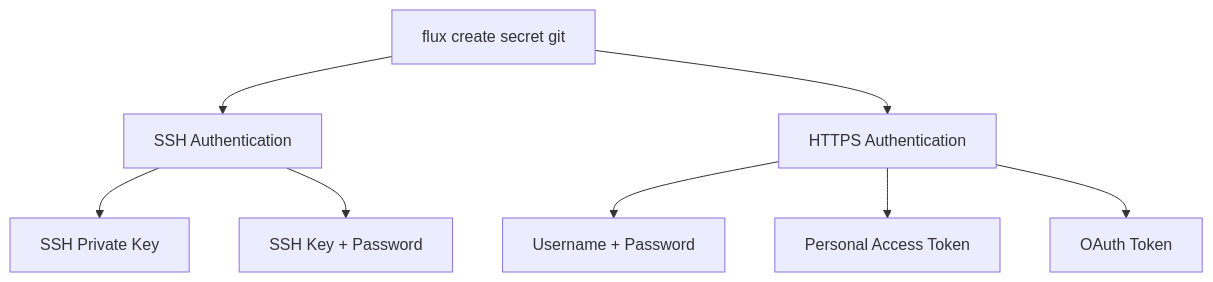
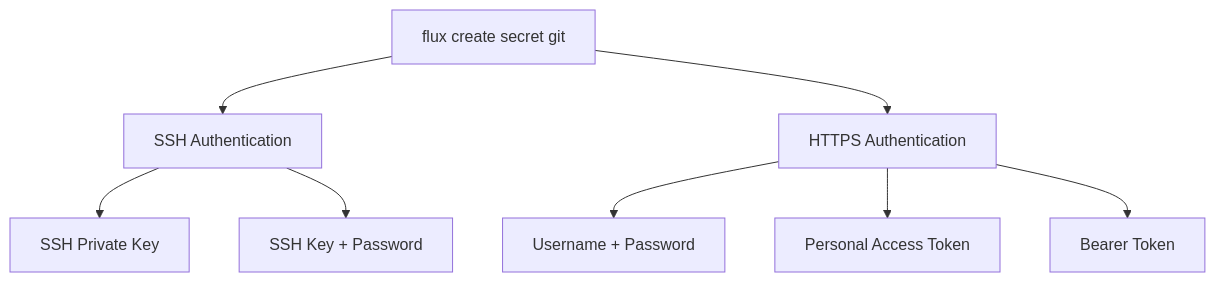
Before and after one commit to OneUptime/blog: the diagram in posts/2026-03-06-use-flux-create-secret-git-authentication/README.md, drawn with Mermaid. The commit also changed other lines of this file and 2 other files, not shown here.

````diff
--- a/posts/2026-03-06-use-flux-create-secret-git-authentication/README.md
+++ b/posts/2026-03-06-use-flux-create-secret-git-authentication/README.md
@@ -35,10 +35,10 @@
 ```mermaid
 graph TD
     A[flux create secret git] --> B[SSH Authentication]
     A --> C[HTTPS Authentication]
     B --> D[SSH Private Key]
     B --> E[SSH Key + Password]
     C --> F[Username + Password]
     C --> G[Personal Access Token]
-    C --> H[OAuth Token]
+    C --> H[Bearer Token]
 ```
````
